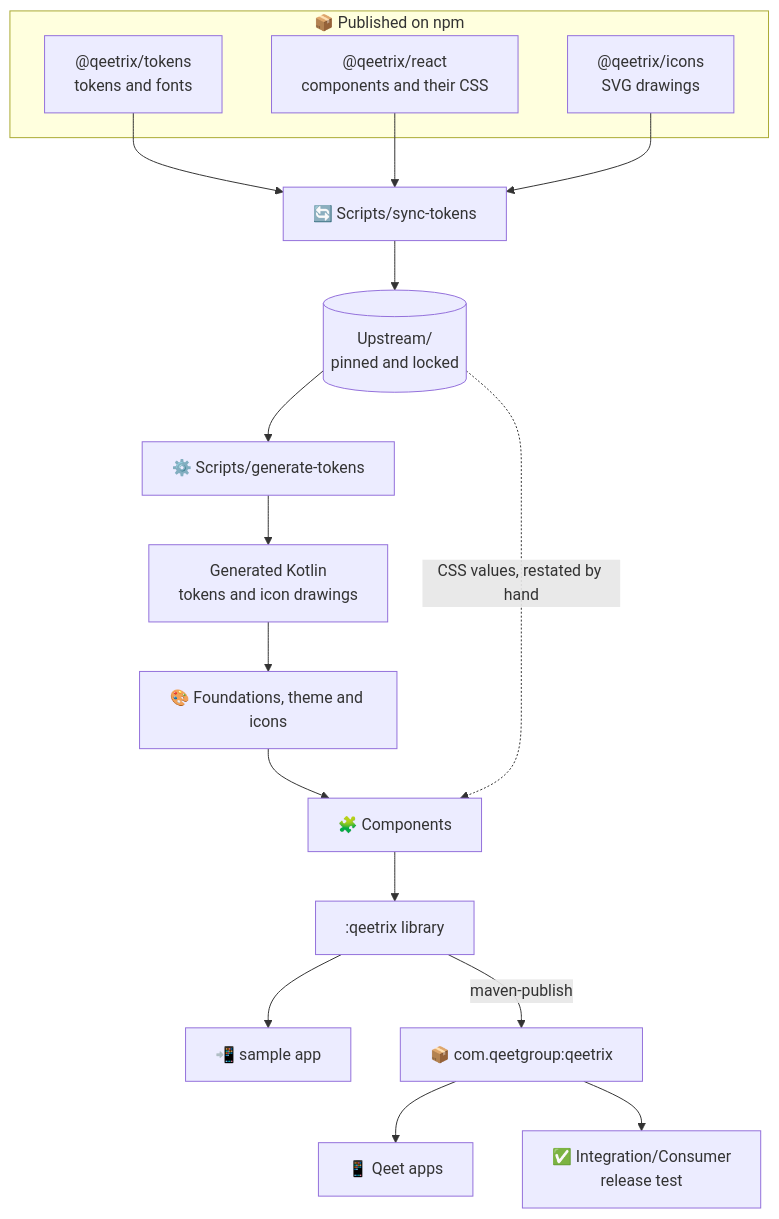
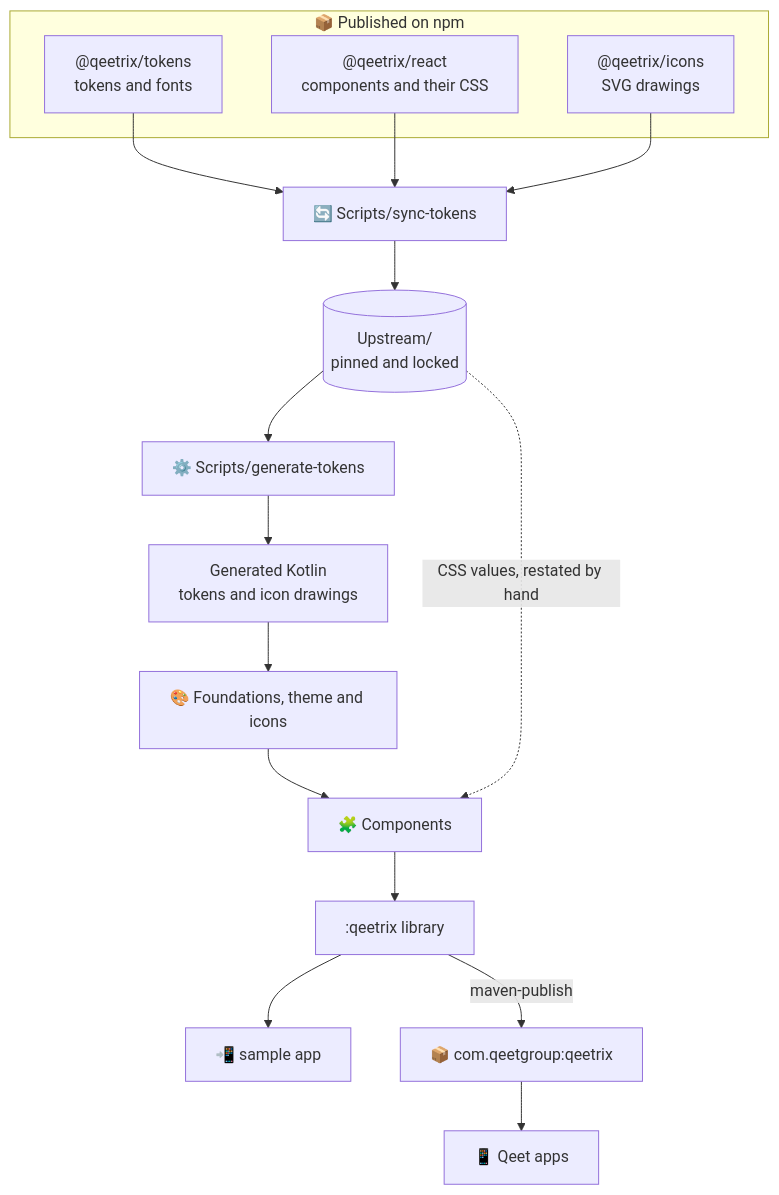
One commit to qeetgroup/qeetrix-android changed the first of 4 diagrams in ARCHITECTURE.md. Above: the diagram before and after it, drawn with Mermaid. The commit also changed other lines of this file and 179 other files, not shown here.

````diff
--- a/ARCHITECTURE.md
+++ b/ARCHITECTURE.md
@@ -11,20 +11,19 @@
 ```mermaid
 flowchart TD
     subgraph npm["📦 Published on npm"]
         T["@qeetrix/tokens<br/>tokens and fonts"]
         R["@qeetrix/react<br/>components and their CSS"]
         I["@qeetrix/icons<br/>SVG drawings"]
     end
     T & R & I --> S["🔄 Scripts/sync-tokens"]
     S --> U[("Upstream/<br/>pinned and locked")]
     U --> G["⚙️ Scripts/generate-tokens"]
     G --> K["Generated Kotlin<br/>tokens and icon drawings"]
     K --> F["🎨 Foundations, theme and icons"]
     F --> C["🧩 Components"]
     U -.->|"CSS values, restated by hand"| C
     C --> L[":qeetrix library"]
     L --> Sample["📲 sample app"]
     L -- "maven-publish" --> AAR["📦 com.qeetgroup:qeetrix"]
     AAR --> Apps["📱 Qeet apps"]
-    AAR --> Consumer["✅ Integration/Consumer<br/>release test"]
 ```
````
